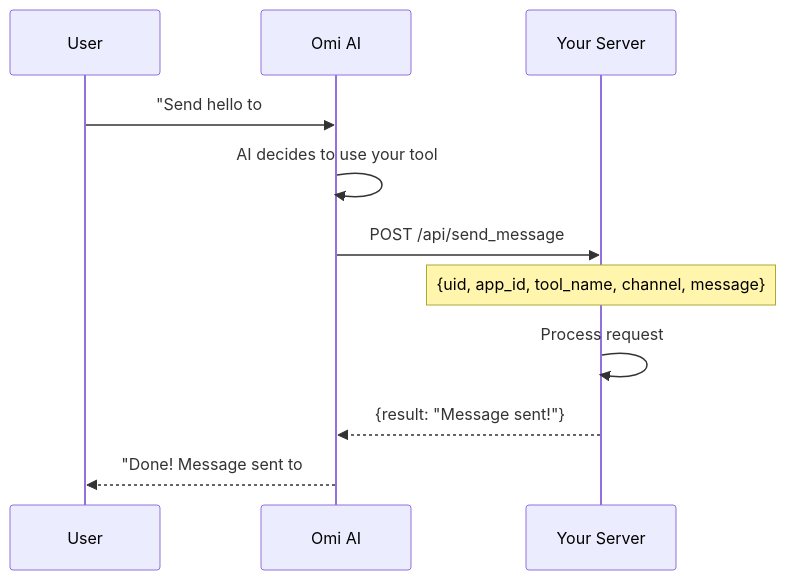
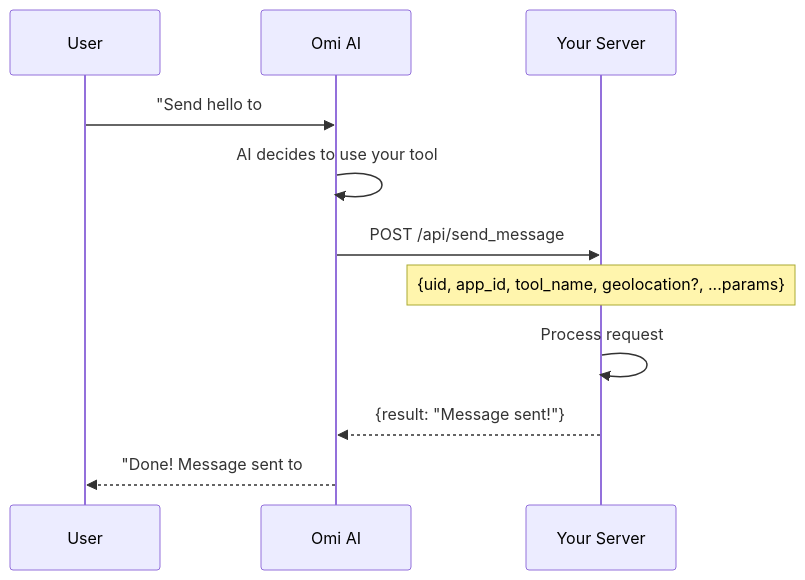
Before and after one commit to DG303/omi: the diagram in docs/doc/developer/apps/ChatTools.mdx, drawn with Mermaid. The commit also changed other lines of this file, not shown here.

First line of the commit message:
docs(apps): document geolocation field in chat tool call payloads

````diff
--- a/docs/doc/developer/apps/ChatTools.mdx
+++ b/docs/doc/developer/apps/ChatTools.mdx
@@ -38,14 +38,14 @@
 ```mermaid
 sequenceDiagram
     participant U as User
     participant O as Omi AI
     participant Y as Your Server
 
     U->>O: "Send hello to #general"
     O->>O: AI decides to use your tool
     O->>Y: POST /api/send_message
-    Note over Y: {uid, app_id, tool_name, channel, message}
+    Note over Y: {uid, app_id, tool_name, geolocation?, ...params}
     Y->>Y: Process request
     Y-->>O: {result: "Message sent!"}
     O-->>U: "Done! Message sent to #general"
 ```
````
